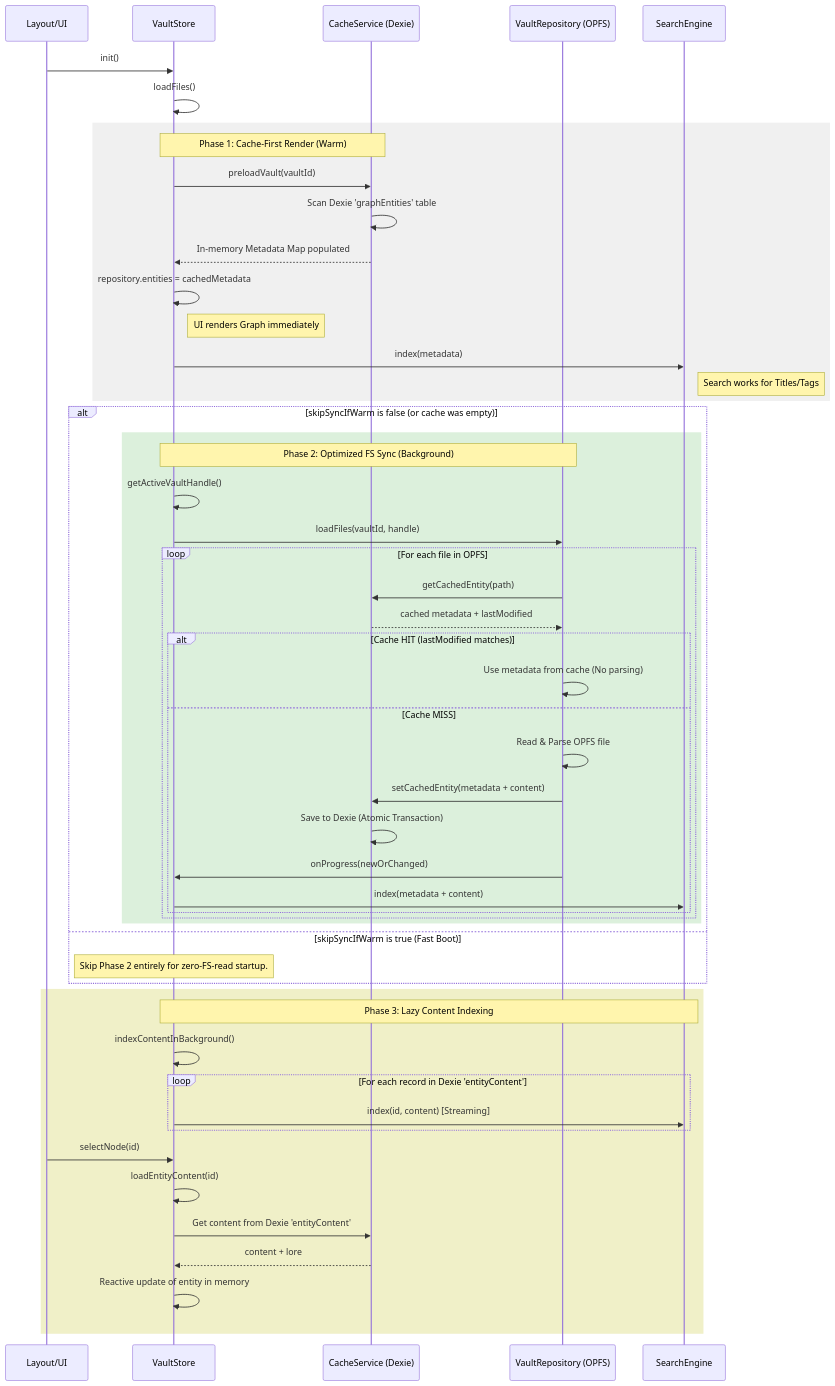
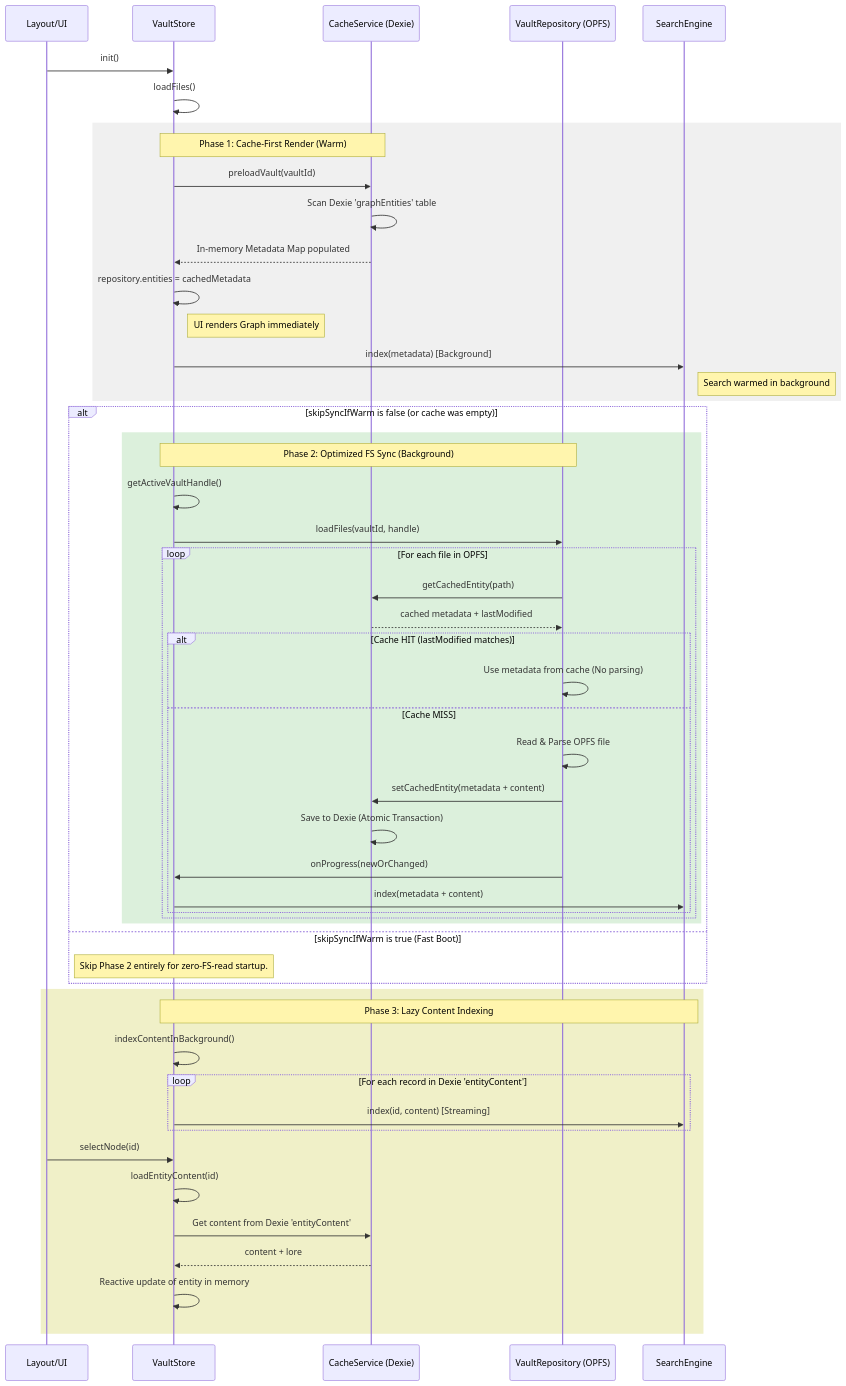
Before and after one commit to eserlan/Codex-Cryptica: the diagram in docs/VAULT_INIT_FLOW.md, drawn with Mermaid. The commit also changed other lines of this file and 11 other files, not shown here.

````diff
--- a/docs/VAULT_INIT_FLOW.md
+++ b/docs/VAULT_INIT_FLOW.md
@@ -7,59 +7,59 @@
 ```mermaid
 sequenceDiagram
     participant UI as Layout/UI
     participant VS as VaultStore
     participant CS as CacheService (Dexie)
     participant VR as VaultRepository (OPFS)
     participant SE as SearchEngine
 
     UI->>VS: init()
     VS->>VS: loadFiles()
 
     rect rgb(240, 240, 240)
     Note over VS,CS: Phase 1: Cache-First Render (Warm)
     VS->>CS: preloadVault(vaultId)
     CS->>CS: Scan Dexie 'graphEntities' table
     CS-->>VS: In-memory Metadata Map populated
     VS->>VS: repository.entities = cachedMetadata
     Note right of VS: UI renders Graph immediately
-    VS->>SE: index(metadata)
-    Note right of SE: Search works for Titles/Tags
+    VS->>SE: index(metadata) [Background]
+    Note right of SE: Search warmed in background
     end
 
     alt skipSyncIfWarm is false (or cache was empty)
     rect rgb(220, 240, 220)
     Note over VS,VR: Phase 2: Optimized FS Sync (Background)
     VS->>VS: getActiveVaultHandle()
     VS->>VR: loadFiles(vaultId, handle)
     loop For each file in OPFS
         VR->>CS: getCachedEntity(path)
         CS-->>VR: cached metadata + lastModified
         alt Cache HIT (lastModified matches)
             VR->>VR: Use metadata from cache (No parsing)
         else Cache MISS
             VR->>VR: Read & Parse OPFS file
             VR->>CS: setCachedEntity(metadata + content)
             CS->>CS: Save to Dexie (Atomic Transaction)
             VR->>VS: onProgress(newOrChanged)
             VS->>SE: index(metadata + content)
         end
     end
     end
     else skipSyncIfWarm is true (Fast Boot)
     Note over VS: Skip Phase 2 entirely for zero-FS-read startup.
     end
 
     rect rgb(240, 240, 200)
     Note over VS,SE: Phase 3: Lazy Content Indexing
     VS->>VS: indexContentInBackground()
     loop For each record in Dexie 'entityContent'
         VS->>SE: index(id, content) [Streaming]
     end
 
     UI->>VS: selectNode(id)
     VS->>VS: loadEntityContent(id)
     VS->>CS: Get content from Dexie 'entityContent'
     CS-->>VS: content + lore
     VS->>VS: Reactive update of entity in memory
     end
 ```
````
